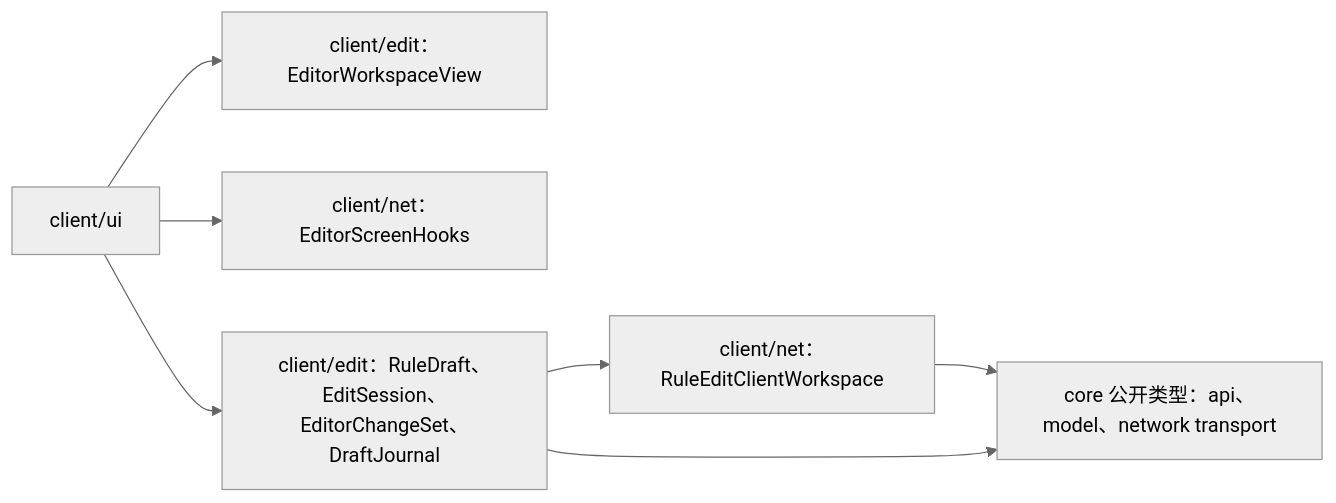
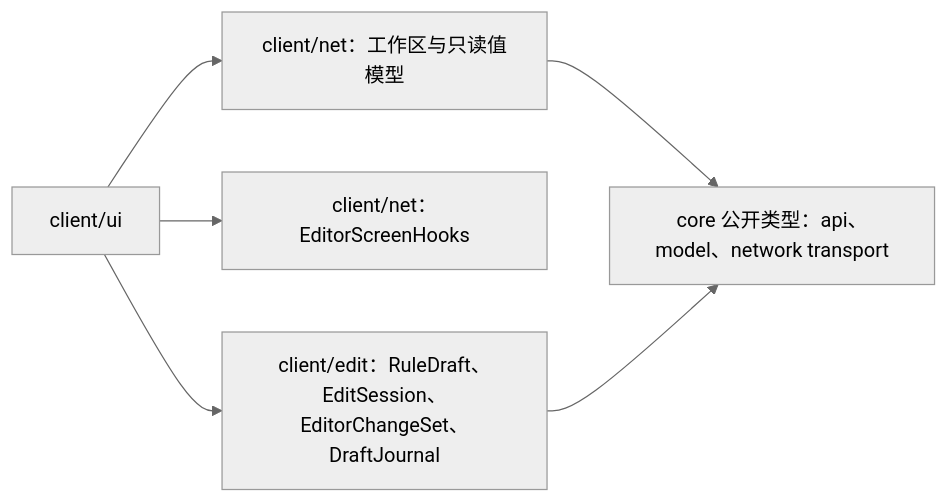
One commit to meteoritel/item-despawn-to-what changed the first of 5 diagrams in docs/modules/client-editor.md. Above: the diagram before and after it, drawn with Mermaid (neutral theme). The commit also changed other lines of this file and 8 other files, not shown here.

First line of the commit message:
docs(architecture): 同步客户端编辑分层与草稿说明

````diff
--- a/docs/modules/client-editor.md
+++ b/docs/modules/client-editor.md
@@ -45,9 +45,8 @@
 ```mermaid
 flowchart LR
-    UI["client/ui"] --> VIEW["client/edit：EditorWorkspaceView"]
+    UI["client/ui"] --> NET["client/net：工作区与只读值模型"]
     UI --> HOOKS["client/net：EditorScreenHooks"]
     UI --> DATA["client/edit：RuleDraft、EditSession、EditorChangeSet、DraftJournal"]
-    DATA --> NET["client/net：RuleEditClientWorkspace"]
     NET --> CORE["core 公开类型：api、model、network transport"]
     DATA --> CORE
 ```
````
